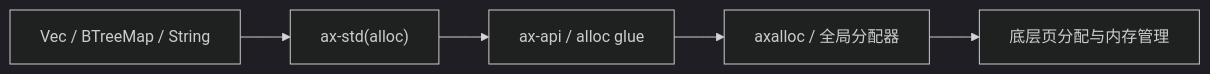
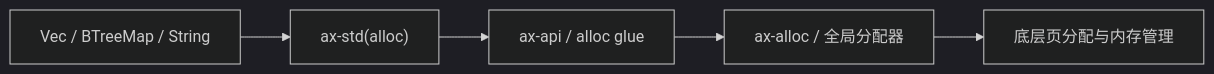
One commit to zKurisu/tgoskits changed the first of 2 diagrams in docs/crates/arceos-memtest.md. Above: the diagram before and after it, drawn with Mermaid (dark theme). The commit also changed other lines of this file and 75 other files, not shown here.

Commit message:
rename axalloc to ax-alloc

````diff
--- a/docs/crates/arceos-memtest.md
+++ b/docs/crates/arceos-memtest.md
@@ -28,7 +28,7 @@
 ```mermaid
 flowchart LR
     A["Vec / BTreeMap / String"] --> B["ax-std(alloc)"]
     B --> C["ax-api / alloc glue"]
-    C --> D["axalloc / 全局分配器"]
+    C --> D["ax-alloc / 全局分配器"]
     D --> E["底层页分配与内存管理"]
 ```
````
